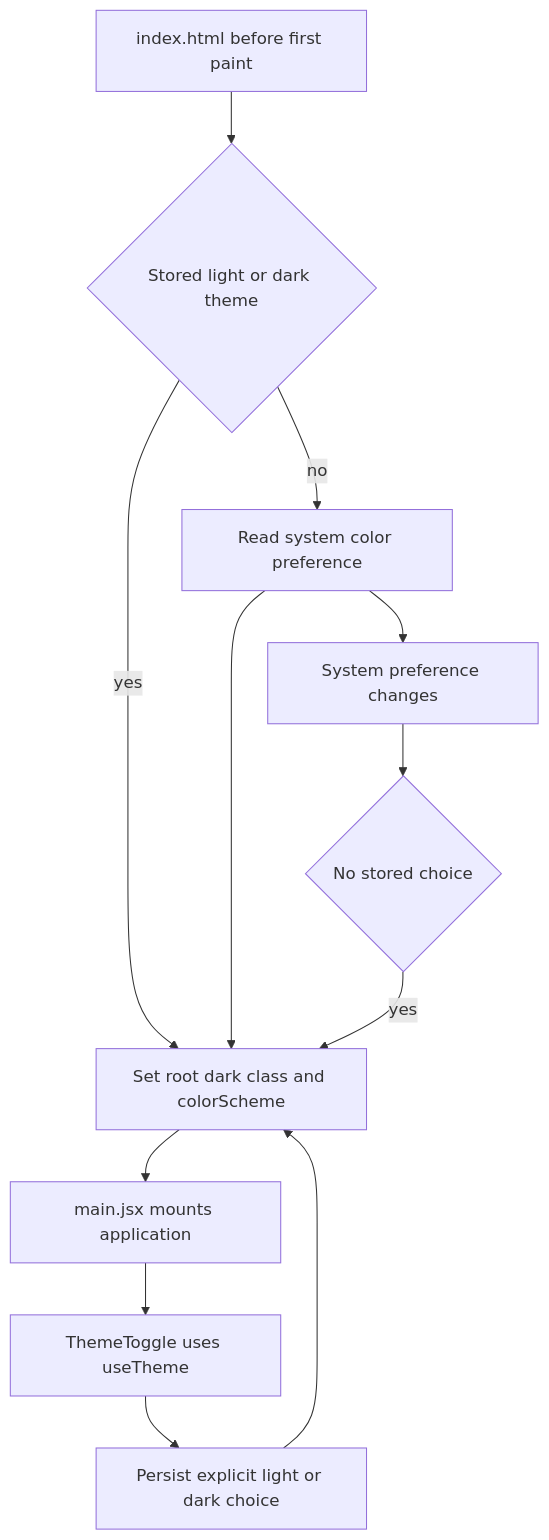
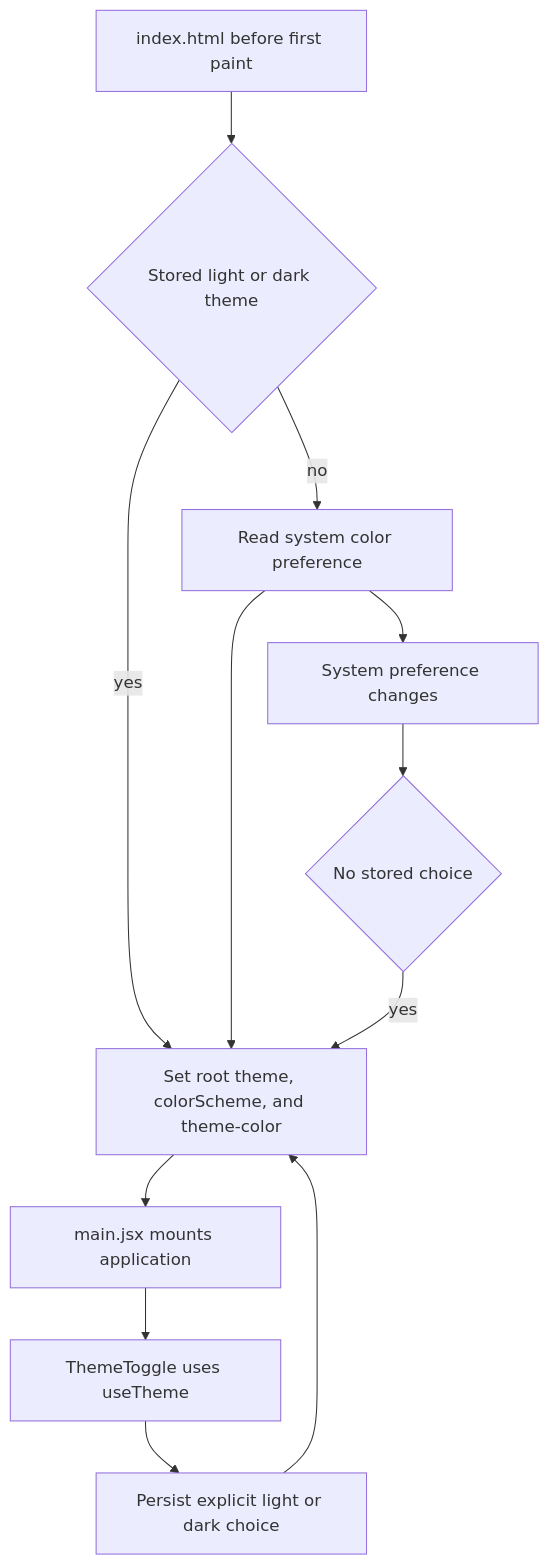
Before and after one commit to tony30552001/Genpic-master: the first of 3 diagrams in openwiki/frontend/design-system.md, drawn with Mermaid. The commit also changed other lines of this file and 22 other files, not shown here.

````diff
--- a/openwiki/frontend/design-system.md
+++ b/openwiki/frontend/design-system.md
@@ -24,14 +24,14 @@
 ```mermaid
 flowchart TD
   Boot["index.html before first paint"] --> Stored{"Stored light or dark theme"}
-  Stored -->|yes| Apply["Set root dark class and colorScheme"]
+  Stored -->|yes| Apply["Set root theme, colorScheme, and theme-color"]
   Stored -->|no| System["Read system color preference"]
   System --> Apply
   Apply --> Mount["main.jsx mounts application"]
   Mount --> Toggle["ThemeToggle uses useTheme"]
   Toggle --> Choice["Persist explicit light or dark choice"]
   Choice --> Apply
   System --> Change["System preference changes"]
   Change --> Follow{"No stored choice"}
   Follow -->|yes| Apply
 ```
````
